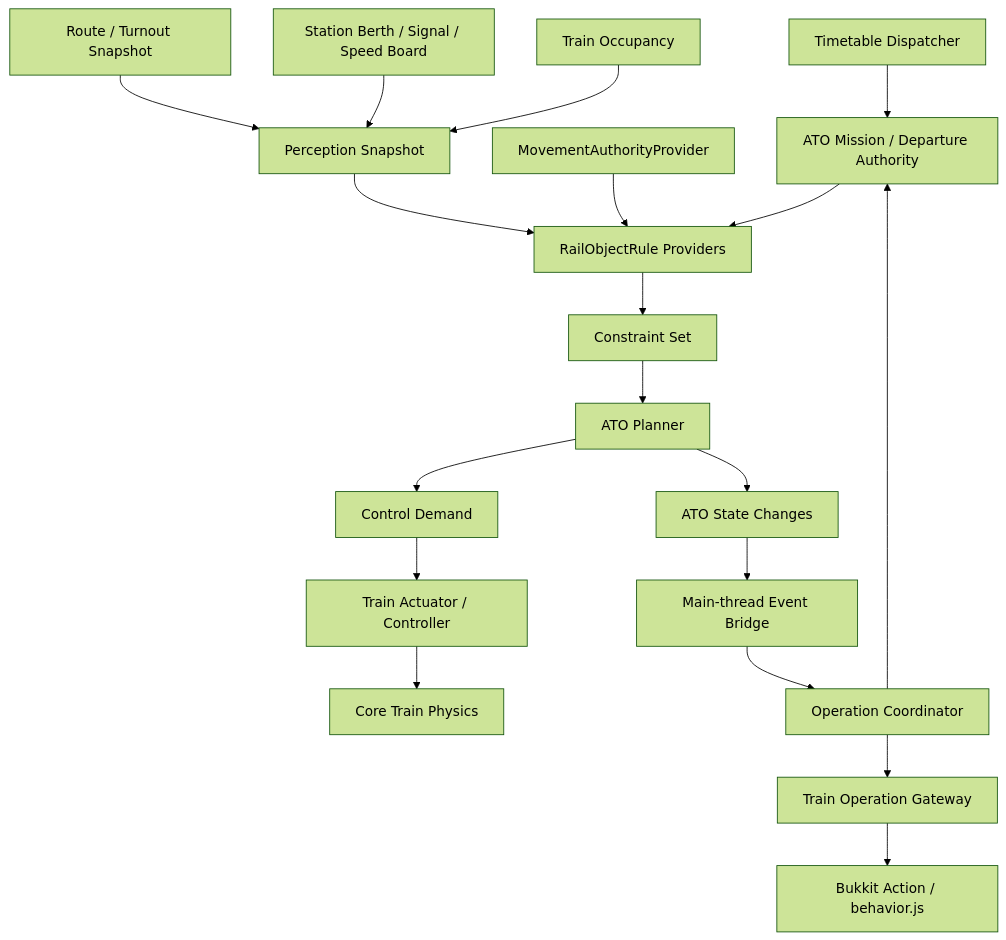
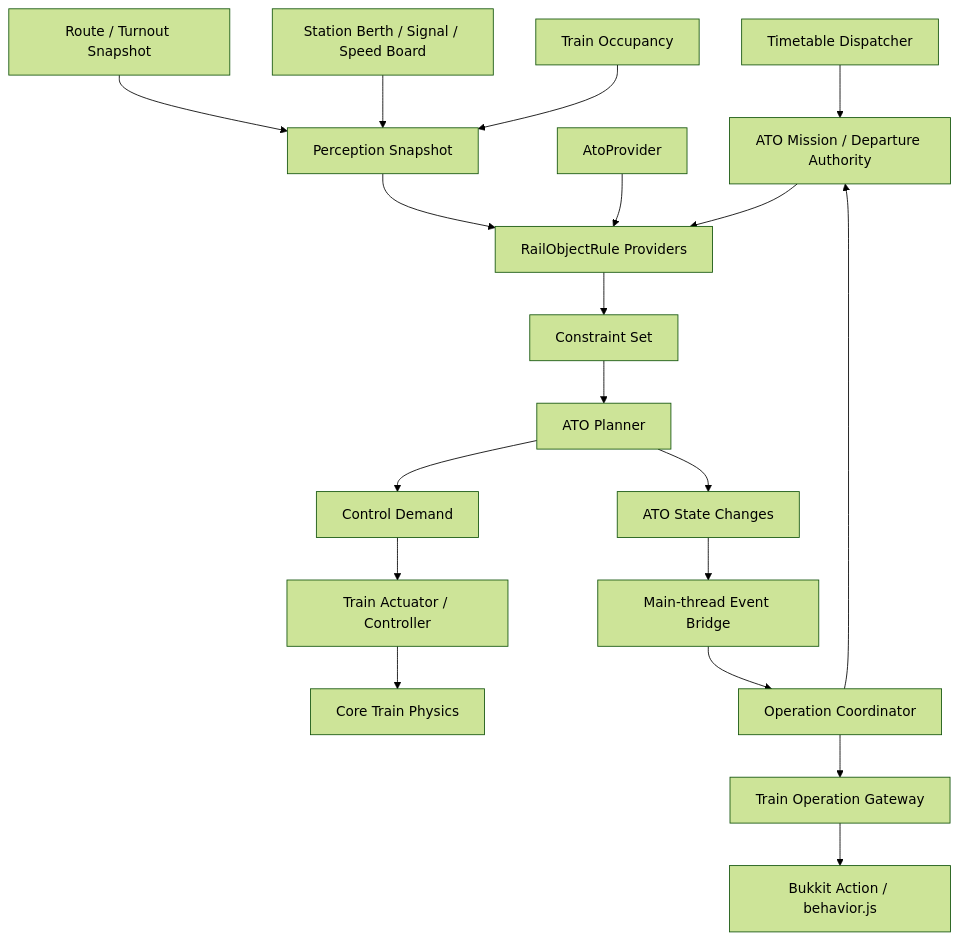
One commit to i-Moril/JavaRailways changed the first of 3 diagrams in docs/architecture/automatic-train-operation.md. Above: the diagram before and after it, drawn with Mermaid (forest theme). The commit also changed other lines of this file and 20 other files, not shown here.

````diff
--- a/docs/architecture/automatic-train-operation.md
+++ b/docs/architecture/automatic-train-operation.md
@@ -96,23 +96,23 @@
 ```mermaid
 flowchart TB
     Timetable[Timetable Dispatcher] --> Mission[ATO Mission / Departure Authority]
     Route[Route / Turnout Snapshot] --> Perception[Perception Snapshot]
     Static[Station Berth / Signal / Speed Board] --> Perception
     Dynamic[Train Occupancy] --> Perception
 
     Perception --> Rules[RailObjectRule Providers]
-    SignalAdapter[MovementAuthorityProvider] --> Rules
+    SignalAdapter[AtoProvider] --> Rules
     Mission --> Rules
     Rules --> Constraints[Constraint Set]
     Constraints --> Planner[ATO Planner]
     Planner --> Demand[Control Demand]
     Demand --> Actuator[Train Actuator / Controller]
     Actuator --> Physics[Core Train Physics]
 
     Planner --> State[ATO State Changes]
     State --> MainBridge[Main-thread Event Bridge]
     MainBridge --> Operations[Operation Coordinator]
     Operations --> Gateway[Train Operation Gateway]
     Gateway --> Bukkit[Bukkit Action / behavior.js]
     Operations --> Mission
 ```
````
